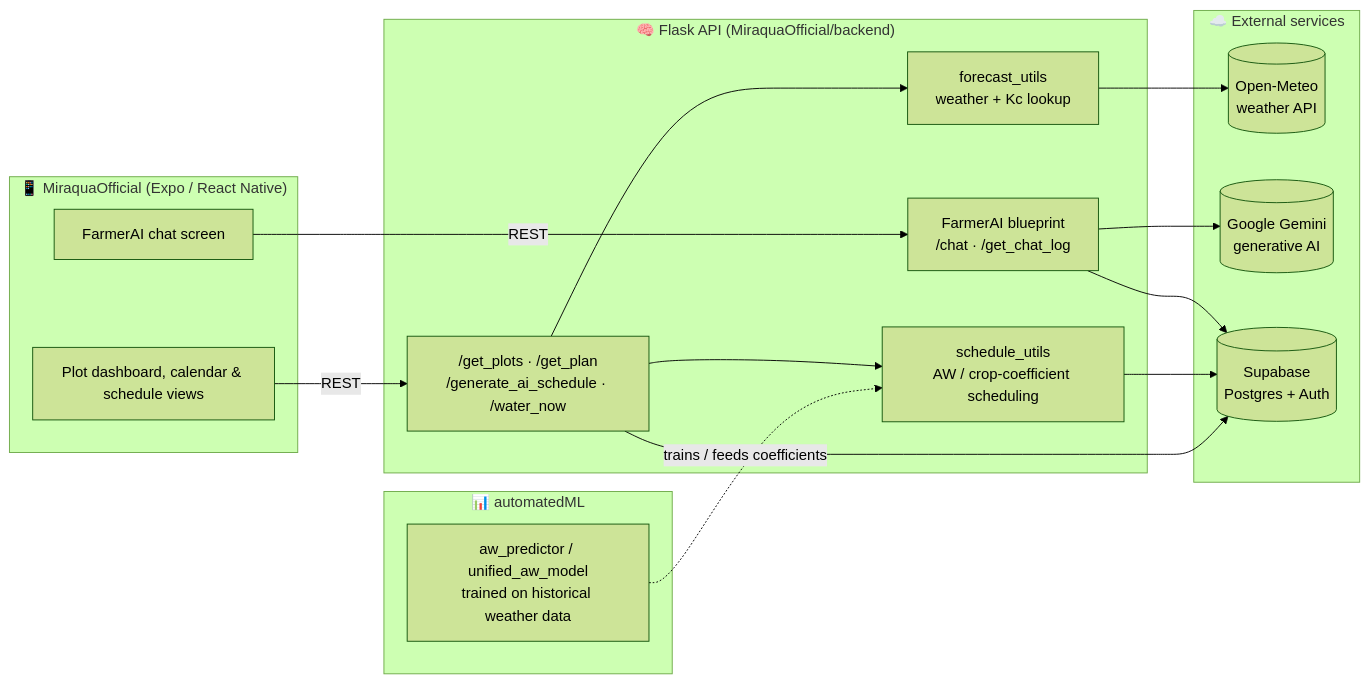
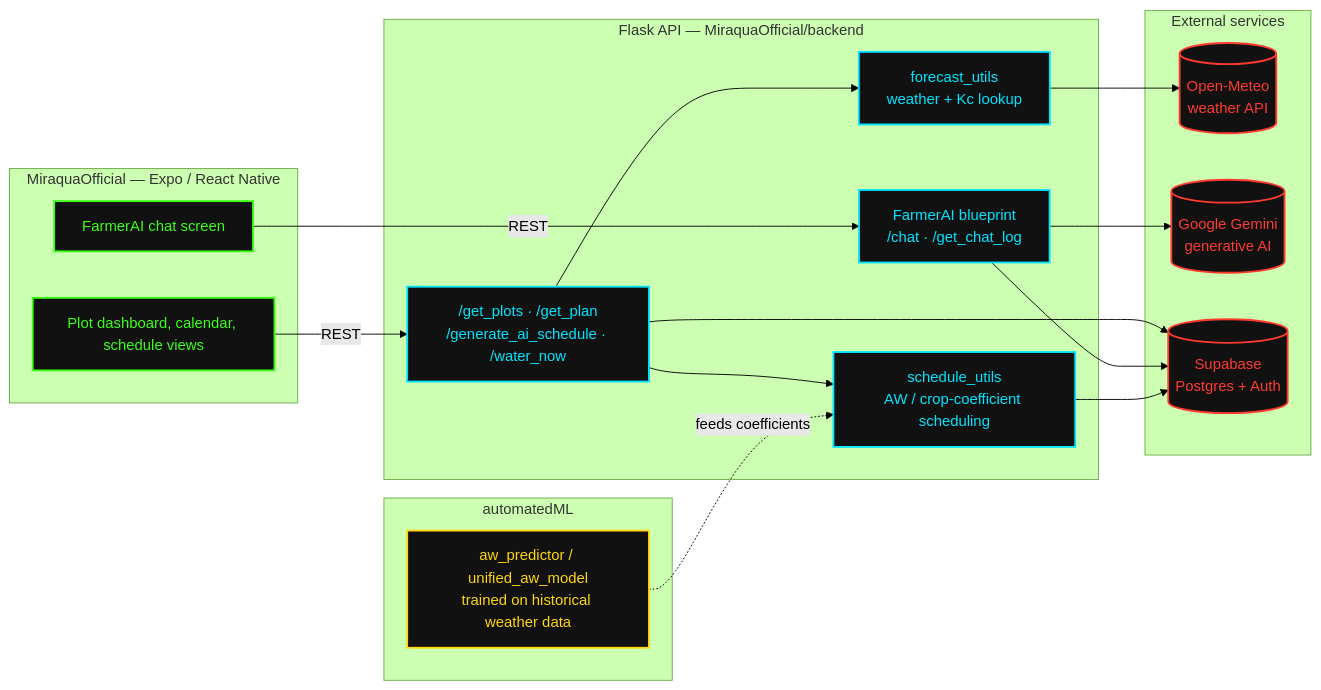
Before and after one commit to shreyaskommuri/Miraqua: the diagram in README.md, drawn with Mermaid (forest theme). The commit also changed other lines of this file, not shown here.

Commit message:
Tighten README copy, drop emojis, restyle architecture diagram

````diff
--- a/README.md
+++ b/README.md
@@ -32,35 +29,45 @@
 ```mermaid
 flowchart LR
-    subgraph Client["📱 MiraquaOfficial (Expo / React Native)"]
-        UI[Plot dashboard, calendar & schedule views]
-        Chat[FarmerAI chat screen]
+    subgraph Client["MiraquaOfficial — Expo / React Native"]
+        UI["Plot dashboard, calendar, schedule views"]
+        Chat["FarmerAI chat screen"]
     end
 
-    subgraph API["🧠 Flask API (MiraquaOfficial/backend)"]
+    subgraph API["Flask API — MiraquaOfficial/backend"]
         Routes["/get_plots · /get_plan\n/generate_ai_schedule · /water_now"]
         AI["FarmerAI blueprint\n/chat · /get_chat_log"]
         Sched["schedule_utils\nAW / crop-coefficient scheduling"]
         Fcst["forecast_utils\nweather + Kc lookup"]
     end
 
-    subgraph External["☁️ External services"]
-        Meteo[(Open-Meteo\nweather API)]
-        Gemini[(Google Gemini\ngenerative AI)]
-        SB[(Supabase\nPostgres + Auth)]
+    subgraph External["External services"]
+        Meteo[("Open-Meteo\nweather API")]
+        Gemini[("Google Gemini\ngenerative AI")]
+        SB[("Supabase\nPostgres + Auth")]
     end
 
-    subgraph ML["📊 automatedML"]
-        Model[aw_predictor / unified_aw_model\ntrained on historical weather data]
+    subgraph ML["automatedML"]
+        Model["aw_predictor / unified_aw_model\ntrained on historical weather data"]
     end
 
     UI -->|REST| Routes
     Chat -->|REST| AI
     Routes --> Sched
     Routes --> Fcst
+    Routes --> SB
     AI --> Gemini
     AI --> SB
     Sched --> SB
     Fcst --> Meteo
-    Model -. trains / feeds coefficients .-> Sched
-    Routes --> SB
+    Model -. feeds coefficients .-> Sched
+
+    classDef client fill:#111111,stroke:#39ff14,stroke-width:2px,color:#39ff14
+    classDef api fill:#111111,stroke:#00e5ff,stroke-width:2px,color:#00e5ff
+    classDef ext fill:#111111,stroke:#ff3b30,stroke-width:2px,color:#ff3b30
+    classDef ml fill:#111111,stroke:#ffd60a,stroke-width:2px,color:#ffd60a
+
+    class UI,Chat client
+    class Routes,AI,Sched,Fcst api
+    class Meteo,Gemini,SB ext
+    class Model ml
 ```
````
